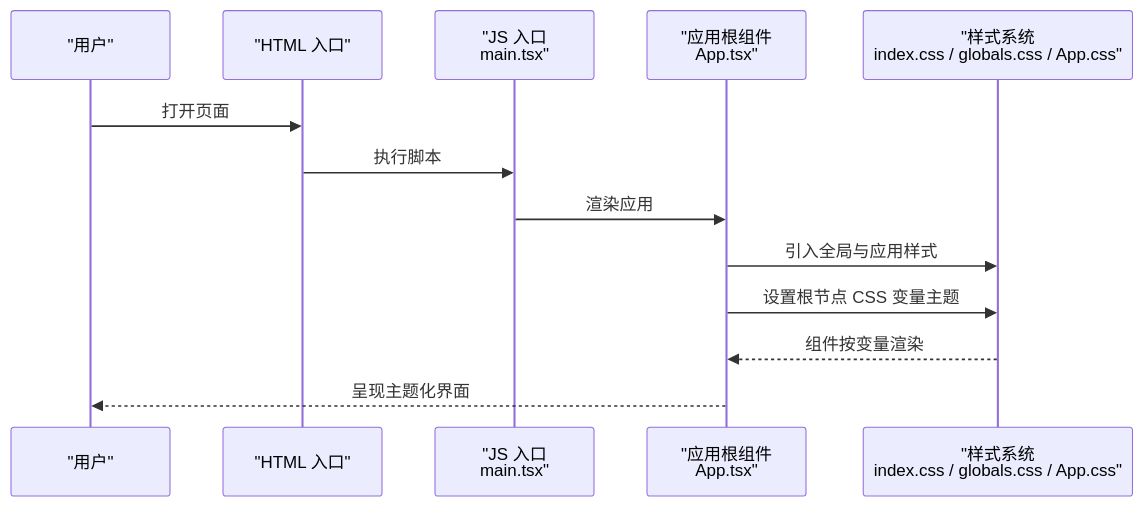
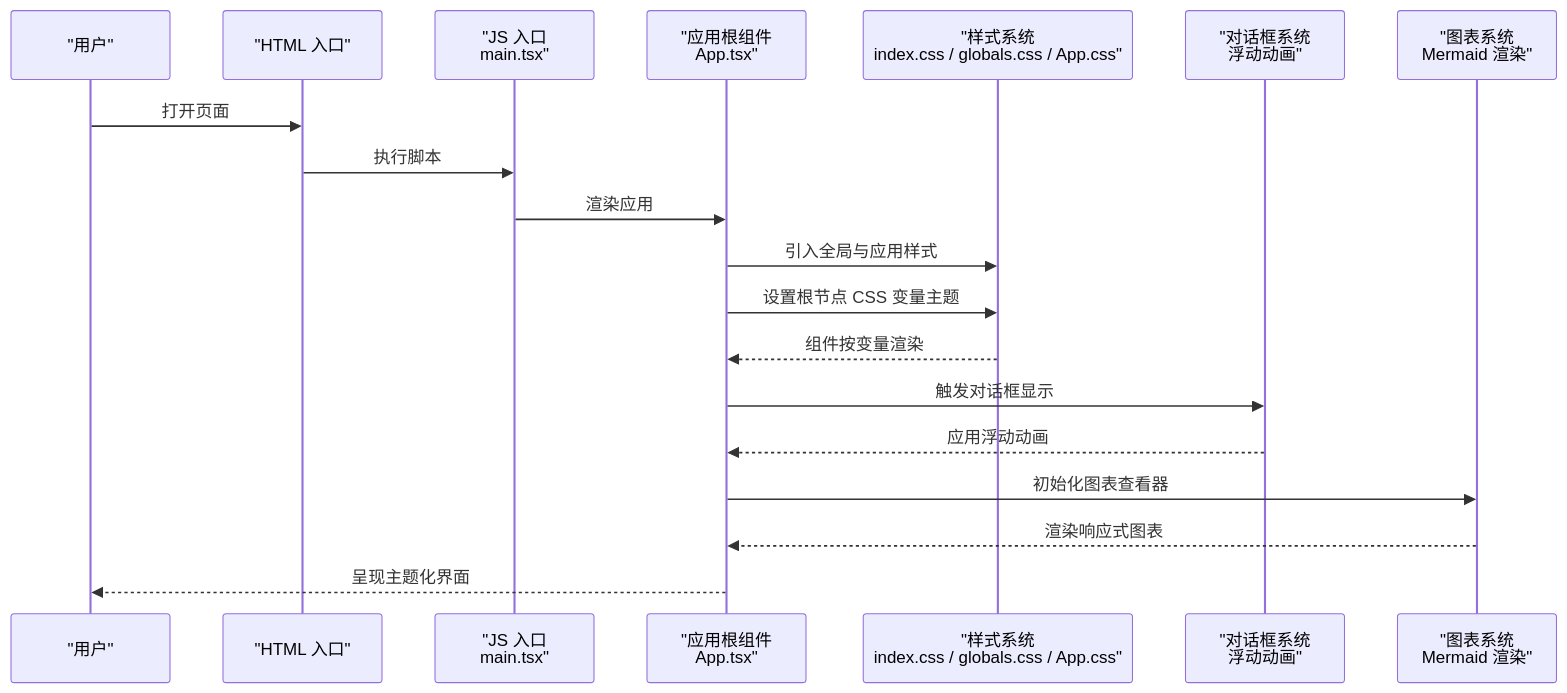
The second of 4 diagrams in .qoder/repowiki/zh/content/样式与主题.md (gongshiyun/ZenNote), drawn with Mermaid before and after one commit. The commit also changed other lines of this file and 3 other files, not shown here.

````diff
--- a/.qoder/repowiki/zh/content/样式与主题.md
+++ b/.qoder/repowiki/zh/content/样式与主题.md
@@ -85,15 +114,21 @@
 ```mermaid
 sequenceDiagram
 participant U as "用户"
 participant H as "HTML 入口"
 participant M as "JS 入口<br/>main.tsx"
 participant A as "应用根组件<br/>App.tsx"
 participant S as "样式系统<br/>index.css / globals.css / App.css"
+participant D as "对话框系统<br/>浮动动画"
+participant V as "图表系统<br/>Mermaid 渲染"
 U->>H : 打开页面
 H->>M : 执行脚本
 M->>A : 渲染应用
 A->>S : 引入全局与应用样式
 A->>S : 设置根节点 CSS 变量主题
 S-->>A : 组件按变量渲染
+A->>D : 触发对话框显示
+D-->>A : 应用浮动动画
+A->>V : 初始化图表查看器
+V-->>A : 渲染响应式图表
 A-->>U : 呈现主题化界面
 ```
````
